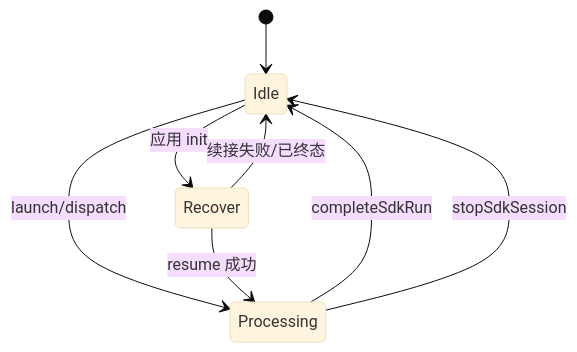
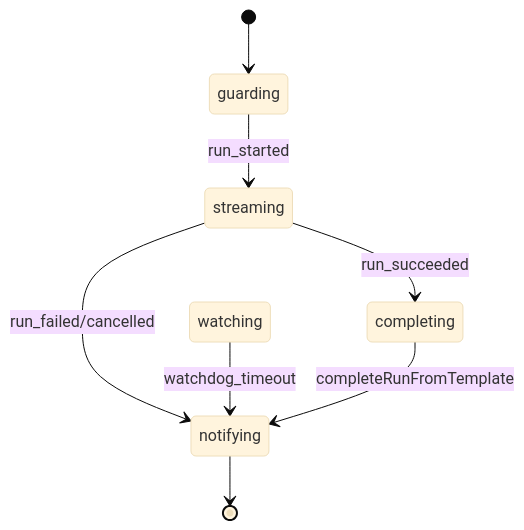
The second of 3 diagrams in knowledge/业务域/Agent调度/01-概览.md (suveng/cursor-claw), drawn with Mermaid (base theme) before and after one commit. The commit also changed other lines of this file and 61 other files, not shown here.

First line of the commit message:
docs(kb): 归档四引擎 Engine Port/RunLifecycle 抽象，统一终态 notify 与 dispatch 失败 IM

````diff
--- a/knowledge/业务域/Agent调度/01-概览.md
+++ b/knowledge/业务域/Agent调度/01-概览.md
@@ -32,10 +28,10 @@
 ```mermaid
 stateDiagram-v2
-  [*] --> Idle
-  Idle --> Processing: launch/dispatch
-  Processing --> Idle: completeSdkRun
-  Processing --> Idle: stopSdkSession
-  Idle --> Recover: 应用 init
-  Recover --> Processing: resume 成功
-  Recover --> Idle: 续接失败/已终态
+  [*] --> guarding
+  guarding --> streaming: run_started
+  streaming --> completing: run_succeeded
+  streaming --> notifying: run_failed/cancelled
+  watching --> notifying: watchdog_timeout
+  completing --> notifying: completeRunFromTemplate
+  notifying --> [*]
 ```
````
